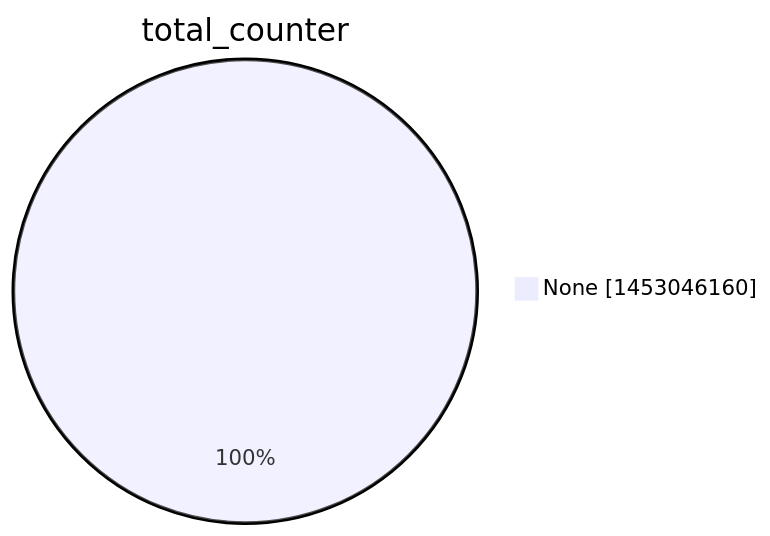
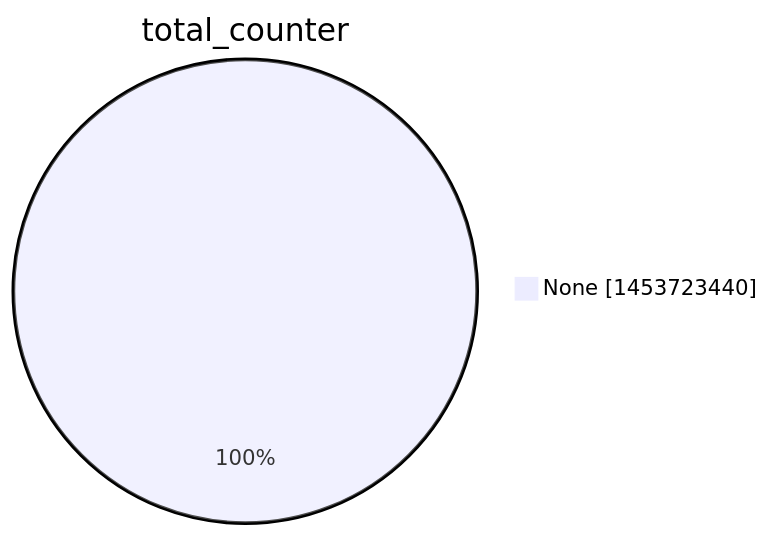
One commit to christiankrug/ctmonitor_visualization changed the second of 15 diagrams in argon2022/README.md. Above: the diagram before and after it, drawn with Mermaid. The commit also changed other lines of this file, not shown here.

````diff
--- a/argon2022/README.md
+++ b/argon2022/README.md
@@ -9,5 +9,5 @@
 ```mermaid
 pie showData
 title total_counter
-"None" :1453046160
+"None" :1453723440
 ```
````
